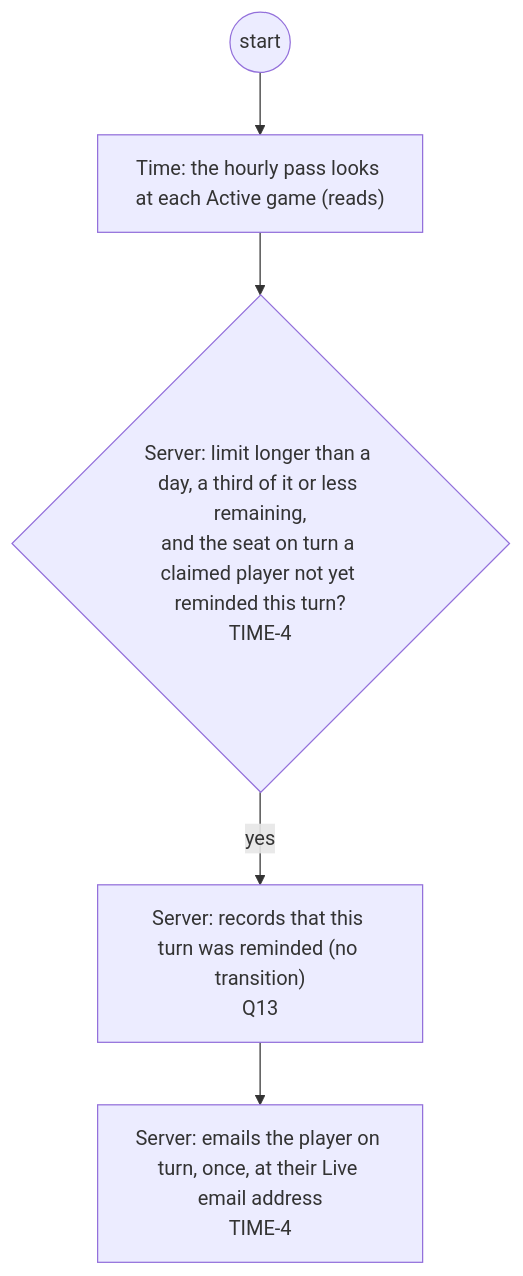
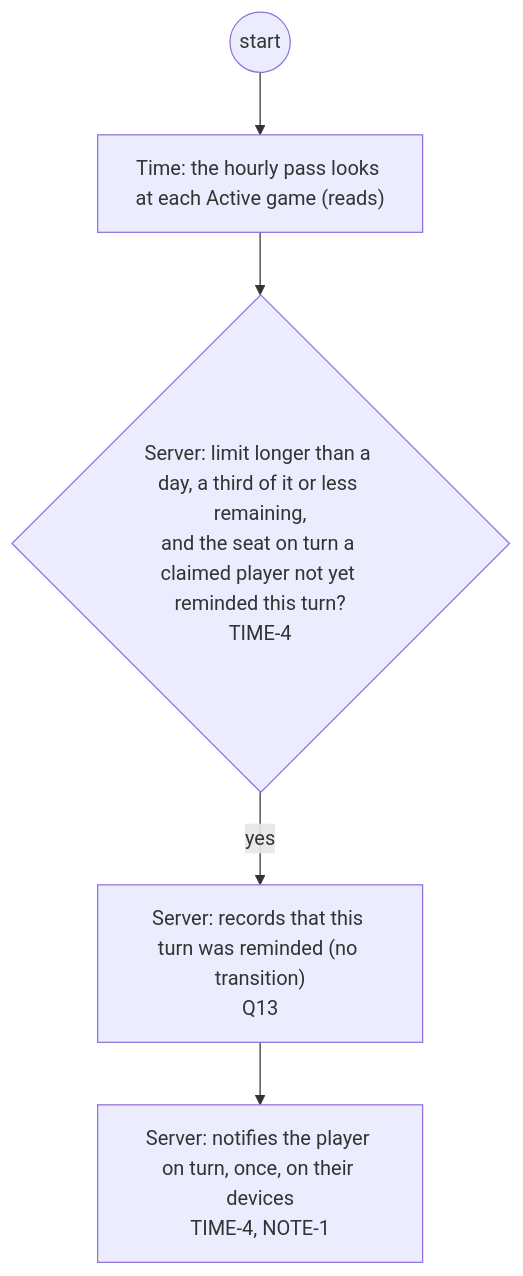
Before and after one commit to delphside/programme: diagram 20 of 31 in applications/tile-lite-elite/3.1.7-changes/workstreams/application-game-architecture/71-one-game-model/71-functional.md, drawn with Mermaid. The commit also changed 1 other file, not shown here.

Commit message:
#71 TIME-4 reminder by notification; #406 Q1 answered Structurizr
U4.6 now notifies the player on turn rather than emailing them, to
match NOTE-1 (delphside/tile-lite-elite#512). Stephen chose Structurizr
for the design map's C4 views on 2026-10-17.

Refs delphside/tile-lite-elite#71
Refs delphside/tile-lite-elite#406

Claude-Session: https://claude.ai/code/session_013RrHRzWMEwTePZNqMB1VMr

````diff
--- a/applications/tile-lite-elite/3.1.7-changes/workstreams/application-game-architecture/71-one-game-model/71-functional.md
+++ b/applications/tile-lite-elite/3.1.7-changes/workstreams/application-game-architecture/71-one-game-model/71-functional.md
@@ -378,7 +378,7 @@
 ```mermaid
 flowchart TD
   s0((start)) --> t0["Time: the hourly pass looks at each Active game (reads)"]
   t0 --> v1{"Server: limit longer than a day, a third of it or less remaining,<br/>and the seat on turn a claimed player not yet reminded this turn?<br/>TIME-4"}
   v1 -- yes --> t1["Server: records that this turn was reminded (no transition)<br/>Q13"]
-  t1 --> t2["Server: emails the player on turn, once, at their Live email address<br/>TIME-4"]
+  t1 --> t2["Server: notifies the player on turn, once, on their devices<br/>TIME-4, NOTE-1"]
 ```
````
